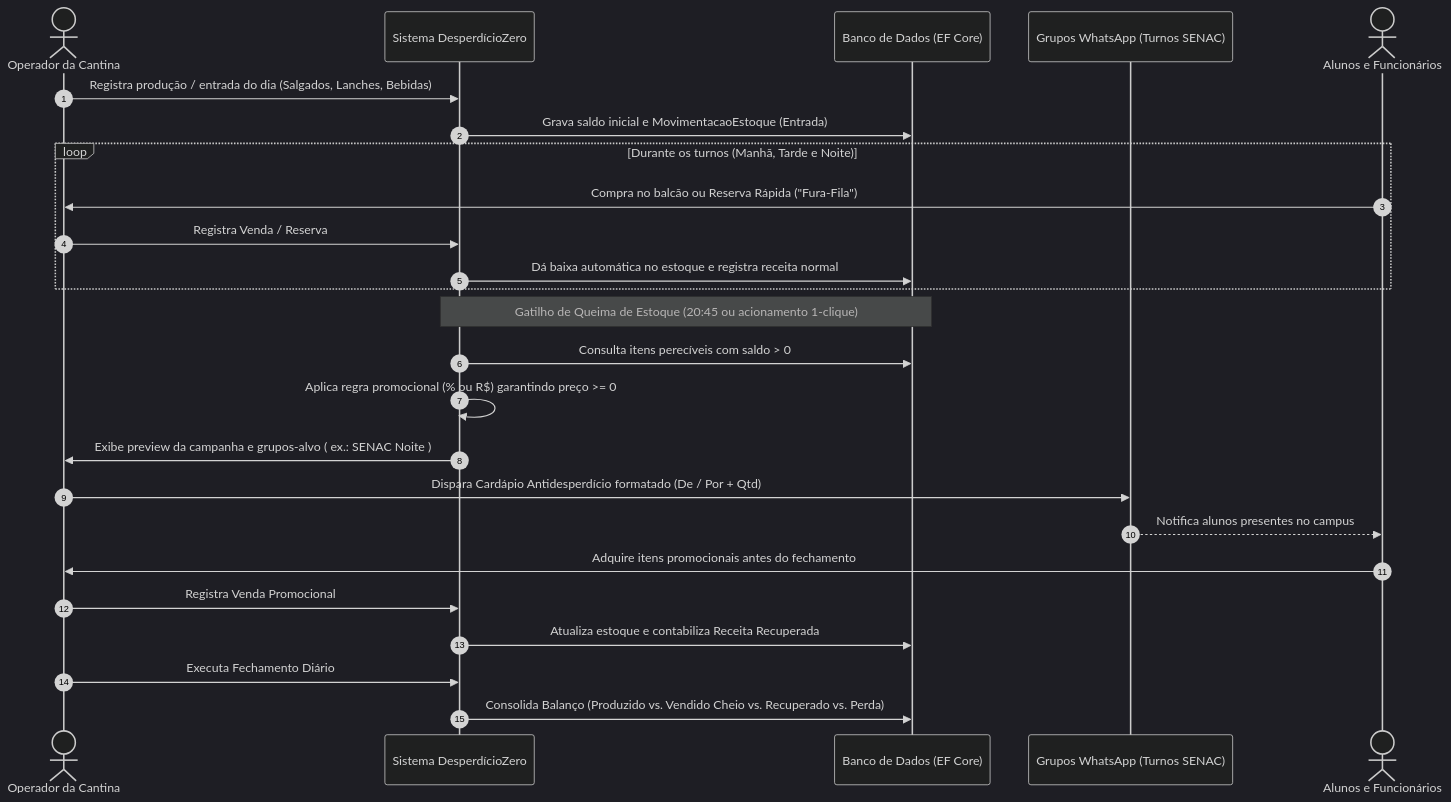
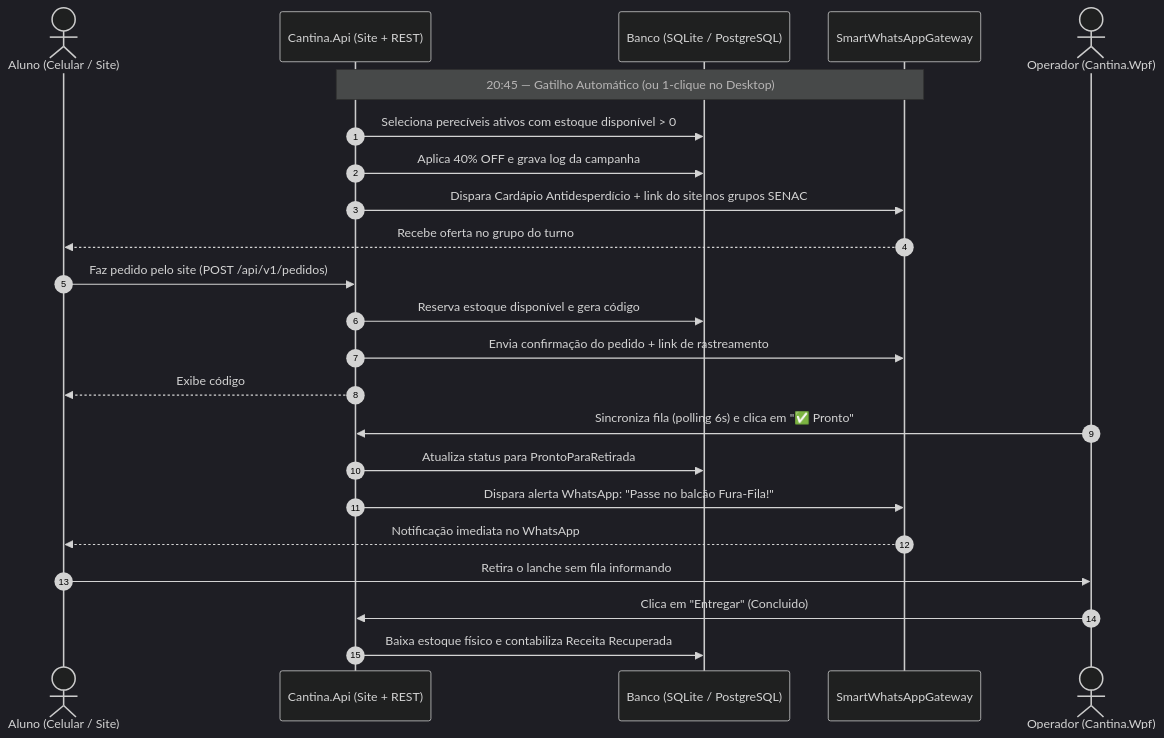
One commit to Digooow/Projeto-Integrador-SENAC-JOINVILLE changed the second of 3 diagrams in README.md. Above: the diagram before and after it, drawn with Mermaid (dark theme). The commit also changed other lines of this file and 94 other files, not shown here.

Commit message:
feat: evolve to Clean Architecture with Web Storefront, WhatsApp gateway, WPF Backoffice, and free cloud deploy

````diff
--- a/README.md
+++ b/README.md
@@ -203,32 +122,29 @@
 ```mermaid
 sequenceDiagram
     autonumber
-    actor Op as Operador da Cantina
-    participant Sys as Sistema DesperdícioZero
-    participant DB as Banco de Dados (EF Core)
-    participant WA as Grupos WhatsApp (Turnos SENAC)
-    actor Al as Alunos e Funcionários
+    actor Aluno as Aluno (Celular / Site)
+    participant WebApi as Cantina.Api (Site + REST)
+    participant DB as Banco (SQLite / PostgreSQL)
+    participant WA as SmartWhatsAppGateway
+    actor Balcao as Operador (Cantina.Wpf)
 
-    Op->>Sys: Registra produção / entrada do dia (Salgados, Lanches, Bebidas)
-    Sys->>DB: Grava saldo inicial e MovimentacaoEstoque (Entrada)
+    Note over WebApi,WA: 20:45 — Gatilho Automático (ou 1-clique no Desktop)
+    WebApi->>DB: Seleciona perecíveis ativos com estoque disponível > 0
+    WebApi->>DB: Aplica 40% OFF e grava log da campanha
+    WebApi->>WA: Dispara Cardápio Antidesperdício + link do site nos grupos SENAC
+    WA-->>Aluno: Recebe oferta no grupo do turno
 
-    loop Durante os turnos (Manhã, Tarde e Noite)
-        Al->>Op: Compra no balcão ou Reserva Rápida ("Fura-Fila")
-        Op->>Sys: Registra Venda / Reserva
-        Sys->>DB: Dá baixa automática no estoque e registra receita normal
-    end
+    Aluno->>WebApi: Faz pedido pelo site (POST /api/v1/pedidos)
+    WebApi->>DB: Reserva estoque disponível e gera código #AL-XXXX
+    WebApi->>WA: Envia confirmação do pedido + link de rastreamento
+    WebApi-->>Aluno: Exibe código #AL-XXXX e acompanhamento ao vivo
 
-    Note over Sys,DB: Gatilho de Queima de Estoque (20:45 ou acionamento 1-clique)
-    Sys->>DB: Consulta itens perecíveis com saldo > 0
-    Sys->>Sys: Aplica regra promocional (% ou R$) garantindo preço >= 0
-    Sys->>Op: Exibe preview da campanha e grupos-alvo ( ex.: SENAC Noite )
-    Op->>WA: Dispara Cardápio Antidesperdício formatado (De / Por + Qtd)
-    WA-->>Al: Notifica alunos presentes no campus
+    Balcao->>WebApi: Sincroniza fila (polling 6s) e clica em "✅ Pronto"
+    WebApi->>DB: Atualiza status para ProntoParaRetirada
+    WebApi->>WA: Dispara alerta WhatsApp: "Passe no balcão Fura-Fila!"
+    WA-->>Aluno: Notificação imediata no WhatsApp
 
-    Al->>Op: Adquire itens promocionais antes do fechamento
-    Op->>Sys: Registra Venda Promocional
-    Sys->>DB: Atualiza estoque e contabiliza Receita Recuperada
-
-    Op->>Sys: Executa Fechamento Diário
-    Sys->>DB: Consolida Balanço (Produzido vs. Vendido Cheio vs. Recuperado vs. Perda)
+    Aluno->>Balcao: Retira o lanche sem fila informando #AL-XXXX
+    Balcao->>WebApi: Clica em "Entregar" (Concluido)
+    WebApi->>DB: Baixa estoque físico e contabiliza Receita Recuperada
 ```
````
